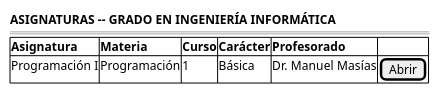
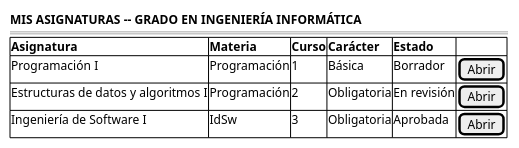
Before and after one commit to mmasias/pyCeldaPublico: the second of 2 diagrams in RUP/01-requisitos/03-detalle-casos-uso/abrirAsignaturasGrado/wireframes.puml, drawn with PlantUML. The commit also changed other lines of this file and 32 other files, not shown here.

```diff
--- a/RUP/01-requisitos/03-detalle-casos-uso/abrirAsignaturasGrado/wireframes.puml
+++ b/RUP/01-requisitos/03-detalle-casos-uso/abrirAsignaturasGrado/wireframes.puml
@@ -1,10 +16,13 @@
-@startsalt abrirAsignaturasGrado-wireframe
+@startsalt abrirAsignaturasGrado-wireframe-porProfesor
 {
-    <b>ASIGNATURAS -- GRADO EN INGENIERÍA INFORMÁTICA</b>
+    <b>MIS ASIGNATURAS -- GRADO EN INGENIERÍA INFORMÁTICA</b>
     ====
     {#
-        <b>Asignatura | <b>Materia | <b>Curso | <b>Carácter | <b>Profesorado | .
-        Programación I | Programación | 1 | Básica | Dr. Manuel Masías | [Abrir]
+    <b>Asignatura                          | <b>Materia    | <b>Curso  | <b>Carácter |<b>Estado| .
+    Programación I                         | Programación  | 1         | Básica |Borrador| [Abrir]
+    Estructuras de datos y algoritmos I    | Programación  | 2         | Obligatoria |En revisión| [Abrir]
+    Ingeniería de Software I               | IdSw          | 3         | Obligatoria |Aprobada| [Abrir]
+
     }
 }
 @endsalt
```
